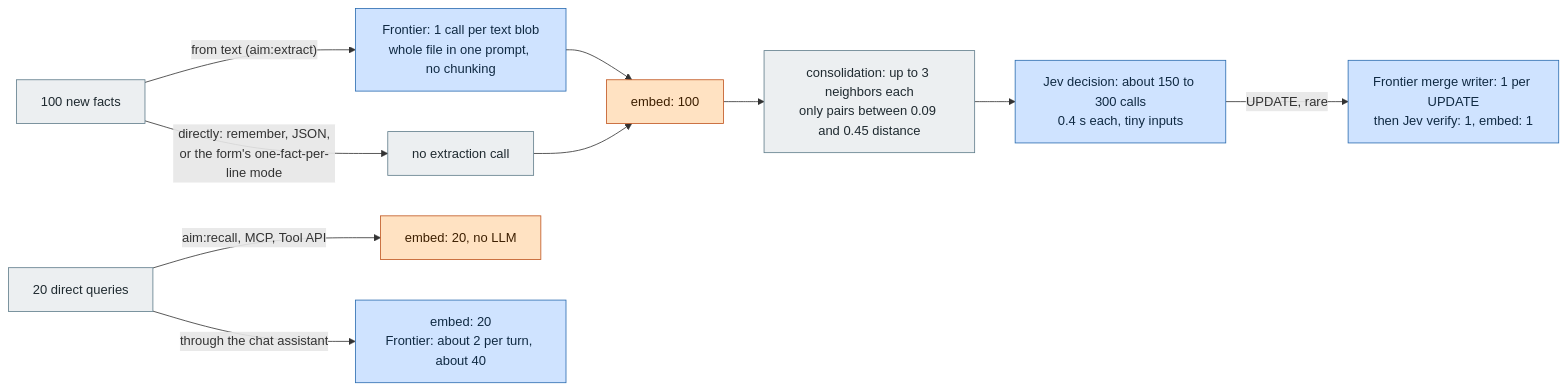
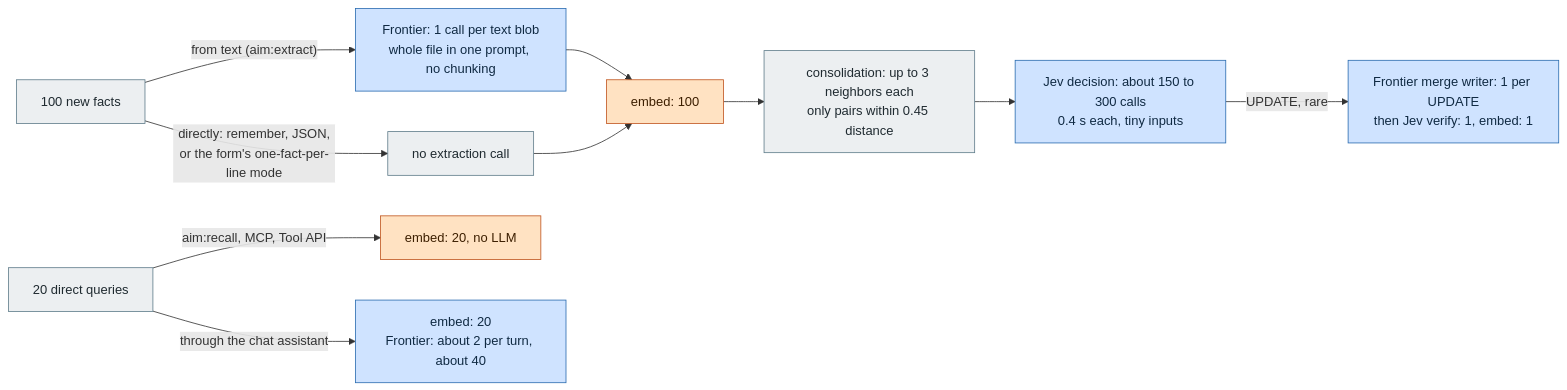
One commit to NikLP/aim changed the fourth of 6 diagrams in adr/workflow-diagram.md. Above: the diagram before and after it, drawn with Mermaid. The commit also changed other lines of this file and 16 other files, not shown here.

````diff
--- a/adr/workflow-diagram.md
+++ b/adr/workflow-diagram.md
@@ -271,20 +271,20 @@
 ```mermaid
 flowchart LR
   classDef llm fill:#cfe3ff,stroke:#2b6cb0,color:#102a43
   classDef vec fill:#ffe2c2,stroke:#c05621,color:#3d1f00
   classDef code fill:#eceff1,stroke:#607d8b,color:#1f2a30
 
   IN100["100 new facts"]:::code
   Q20["20 direct queries"]:::code
 
   IN100 -->|"from text (aim:extract)"| EX["Frontier: 1 call per text blob<br/>whole file in one prompt, no chunking"]:::llm
   IN100 -->|"directly: remember, JSON,<br/>or the form's one-fact-per-line mode"| NOEX["no extraction call"]:::code
   EX --> EMB1["embed: 100"]:::vec
   NOEX --> EMB1
-  EMB1 --> CONS["consolidation: up to 3 neighbors each<br/>only pairs between 0.09 and 0.45 distance"]:::code
+  EMB1 --> CONS["consolidation: up to 3 neighbors each<br/>only pairs within 0.45 distance"]:::code
   CONS --> JEV["Jev decision: about 150 to 300 calls<br/>0.4 s each, tiny inputs"]:::llm
   JEV -->|"UPDATE, rare"| MERGE["Frontier merge writer: 1 per UPDATE<br/>then Jev verify: 1, embed: 1"]:::llm
 
   Q20 -->|"aim:recall, MCP, Tool API"| QR["embed: 20, no LLM"]:::vec
   Q20 -->|"through the chat assistant"| QC["embed: 20<br/>Frontier: about 2 per turn, about 40"]:::llm
 ```
````
